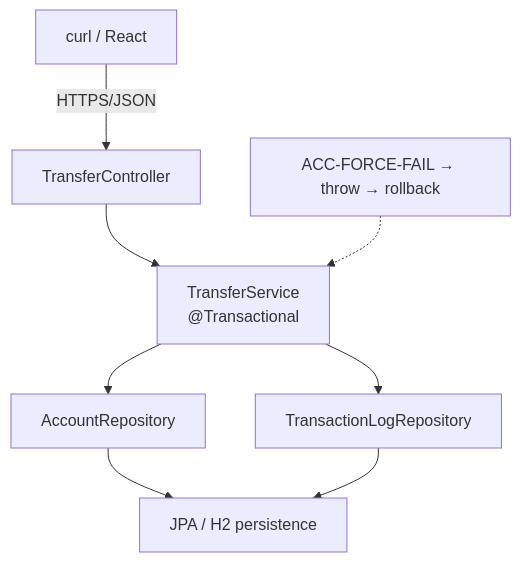
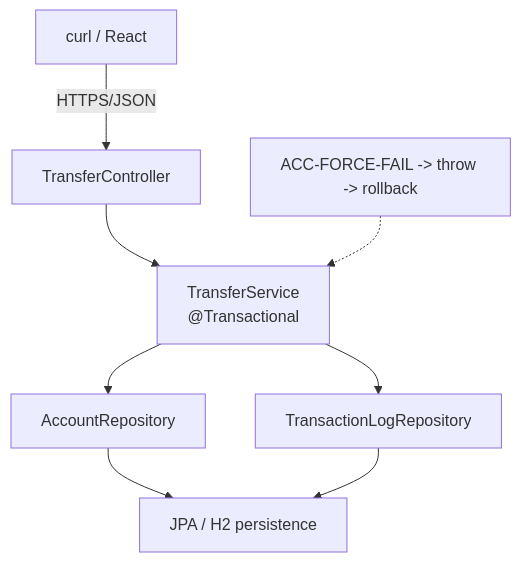
One commit to pupilliluke/bc-sw-engineer-java-participant changed the first of 2 diagrams in labs/Week 3 - Spring Framework and Enterprise Patterns/module-27/lab27/LAB-27-GUIDE.md. Above: the diagram before and after it, drawn with Mermaid. The commit also changed other lines of this file and 55 other files, not shown here.

Commit message:
Stop publishing local screenshots; harden Mermaid for GitHub; sync only tracked lab files.

````diff
--- a/labs/Week 3 - Spring Framework and Enterprise Patterns/module-27/lab27/LAB-27-GUIDE.md
+++ b/labs/Week 3 - Spring Framework and Enterprise Patterns/module-27/lab27/LAB-27-GUIDE.md
@@ -87,10 +87,10 @@
 ```mermaid
 flowchart TB
   Client["curl / React"] -->|HTTPS/JSON| TC["TransferController"]
   TC --> TS["TransferService<br/>@Transactional"]
   TS --> AR["AccountRepository"]
   TS --> LR["TransactionLogRepository"]
   AR --> JPA["JPA / H2 persistence"]
   LR --> JPA
-  Fail["ACC-FORCE-FAIL → throw → rollback"] -.-> TS
+  Fail["ACC-FORCE-FAIL -> throw -> rollback"] -.-> TS
 ```
````
